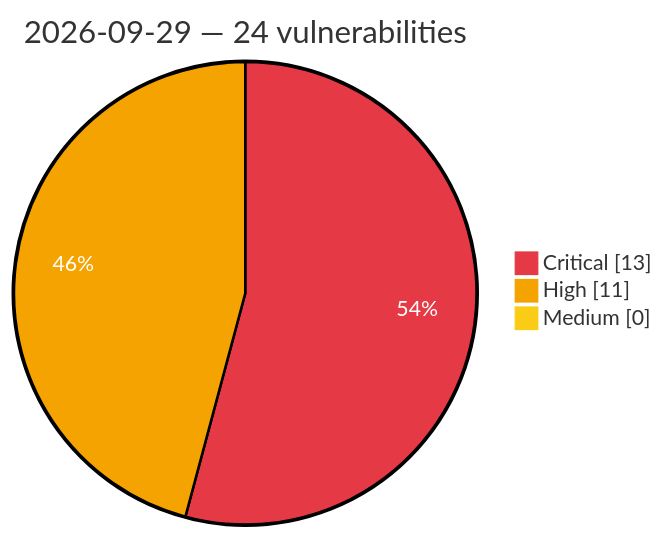
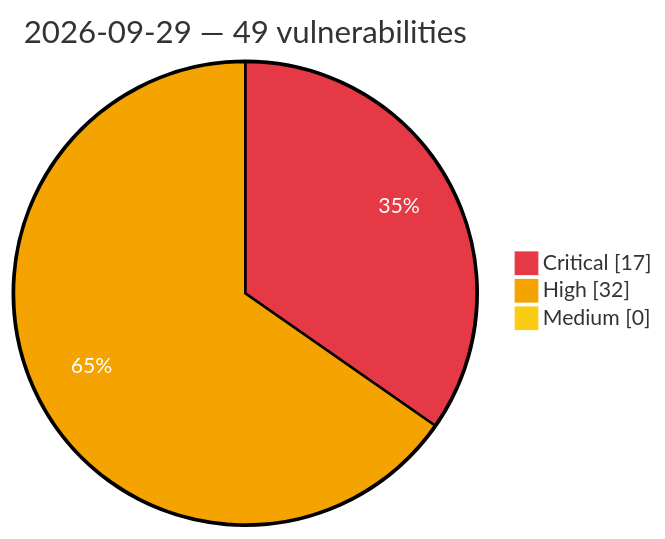
The diagram in vulnerabilities/2026/September/2026-09-29.md (GhostX0X/vuln-tracker), drawn with Mermaid before and after one commit. The commit also changed other lines of this file and 5 other files, not shown here.

Commit message:
Auto update: critical/high vulns (2026-09-29 18:33 UTC)

````diff
--- a/vulnerabilities/2026/September/2026-09-29.md
+++ b/vulnerabilities/2026/September/2026-09-29.md
@@ -3,8 +3,8 @@
 ```mermaid
 %%{init: {'theme':'base', 'themeVariables': {'pie1':'#e63946', 'pie2':'#f4a300', 'pie3':'#facc15', 'pieOpacity':'1', 'pieOuterStrokeWidth':'2px', 'pieSectionTextColor':'#ffffff'}}}%%
 pie showData
-    title 2026-09-29 — 24 vulnerabilities
-    "Critical" : 13
-    "High" : 11
+    title 2026-09-29 — 49 vulnerabilities
+    "Critical" : 17
+    "High" : 32
     "Medium" : 0
 ```
````
